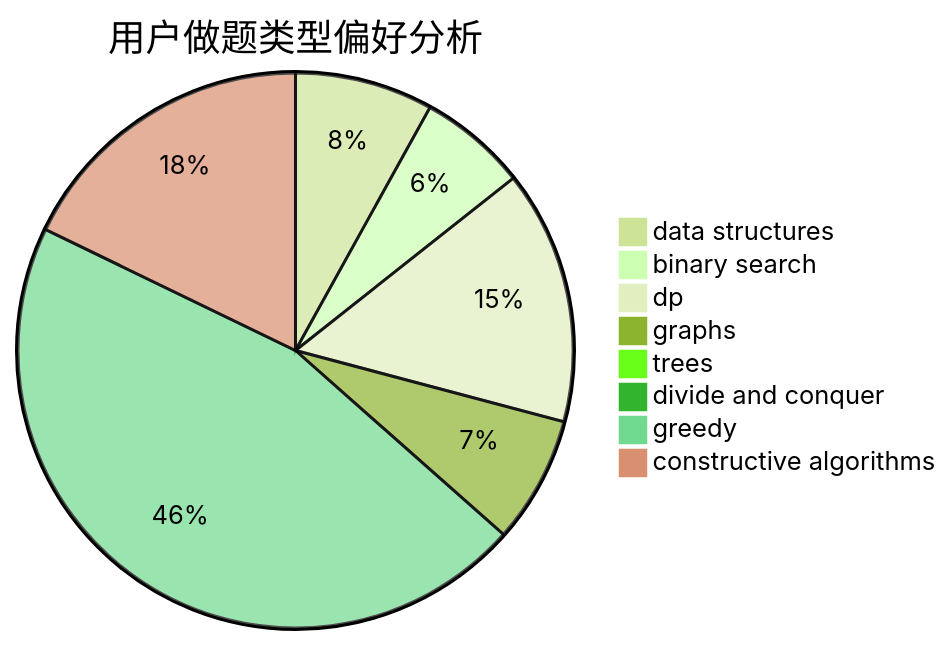
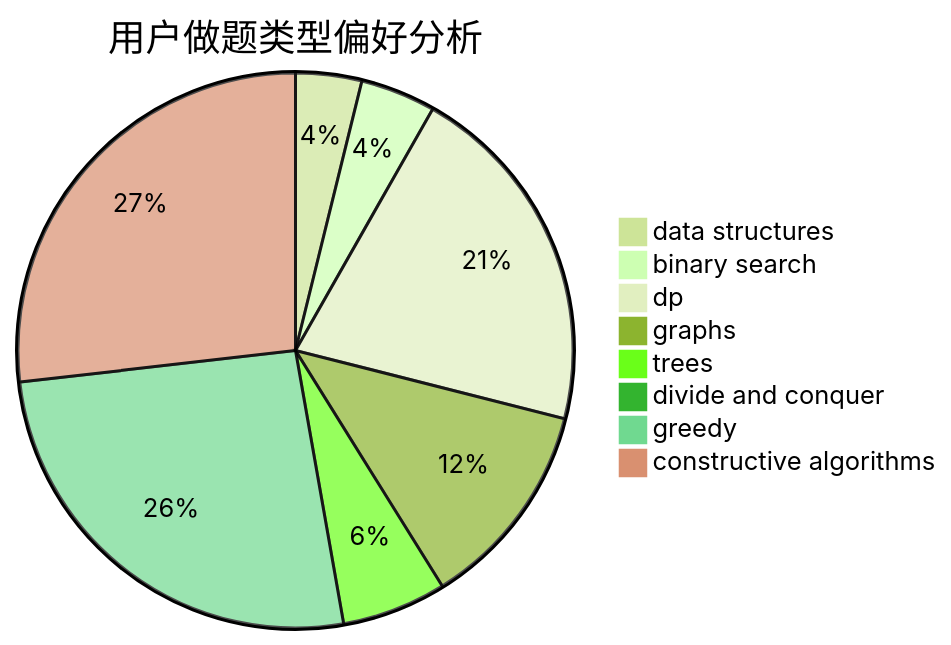
Before and after one commit to sherpahu/cfrs.github.io: the second of 3 diagrams in docs/user/u729.md, drawn with Mermaid (forest theme). The commit also changed other lines of this file and 2770 other files, not shown here.

````diff
--- a/docs/user/u729.md
+++ b/docs/user/u729.md
@@ -23,11 +23,11 @@
 ```mermaid
 pie title 用户做题类型偏好分析
-    "data structures" :  37
-    "binary search" :  29
-    "dp" :  68
-    "graphs" :  34
-    "trees" :  0
+    "data structures" :  36
+    "binary search" :  41
+    "dp" :  194
+    "graphs" :  114
+    "trees" :  57
     "divide and conquer" :  0
-    "greedy" :  210
-    "constructive algorithms" :  82
+    "greedy" :  243
+    "constructive algorithms" :  251
 ```
````
